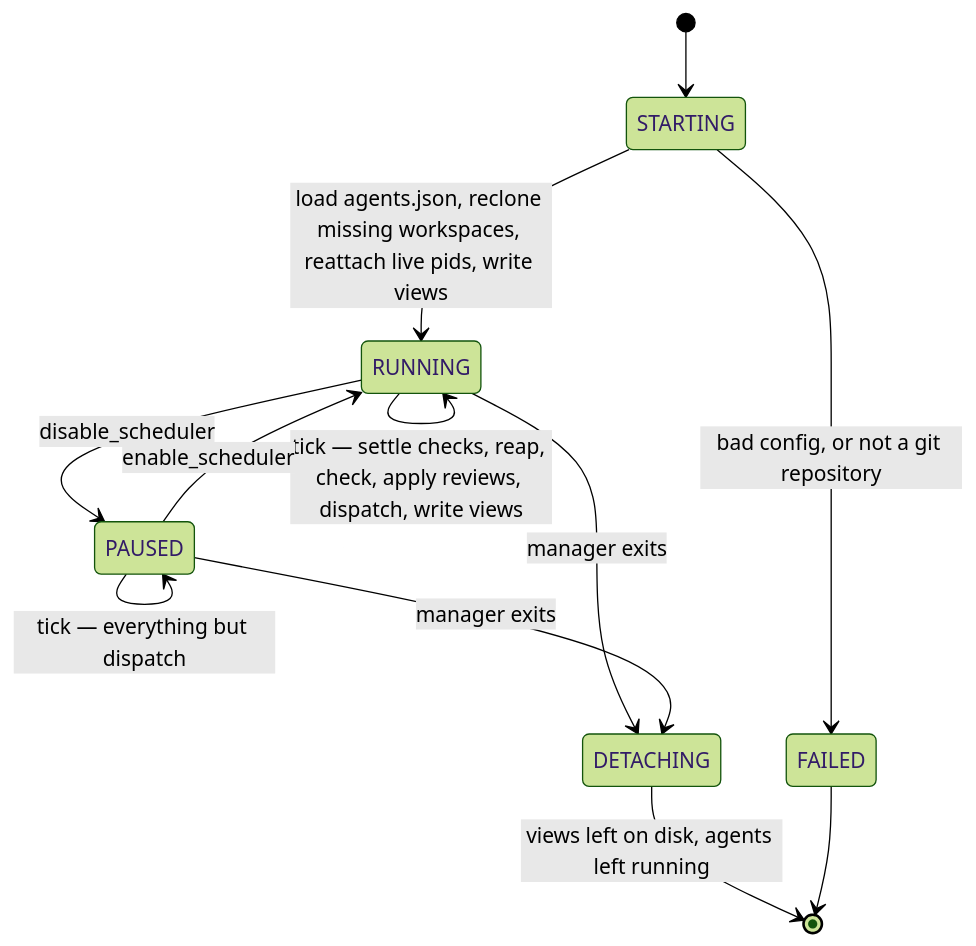
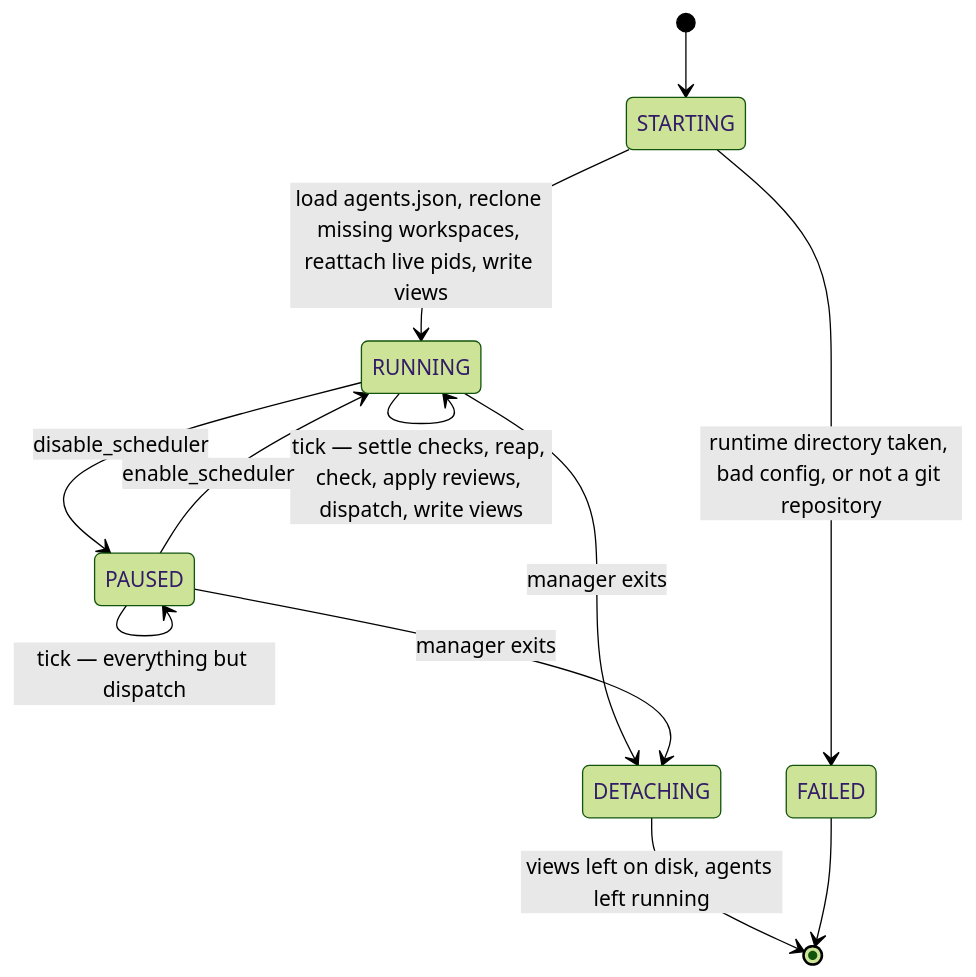
The diagram in docs/server.md (Pyrolistical/task-graph-template), drawn with Mermaid (forest theme) before and after one commit. The commit also changed other lines of this file and 24 other files, not shown here.

Commit message:
refuse to start a second server against a live runtime directory

````diff
--- a/docs/server.md
+++ b/docs/server.md
@@ -7,14 +7,14 @@
 ```mermaid
 stateDiagram-v2
     [*] --> STARTING
     STARTING --> RUNNING : load agents.json, reclone missing workspaces, reattach live pids, write views
-    STARTING --> FAILED : bad config, or not a git repository
+    STARTING --> FAILED : runtime directory taken, bad config, or not a git repository
     RUNNING --> RUNNING : tick — settle checks, reap, check, apply reviews, dispatch, write views
     RUNNING --> PAUSED : disable_scheduler
     PAUSED --> PAUSED : tick — everything but dispatch
     PAUSED --> RUNNING : enable_scheduler
     RUNNING --> DETACHING : manager exits
     PAUSED --> DETACHING : manager exits
     DETACHING --> [*] : views left on disk, agents left running
     FAILED --> [*]
 ```
````
